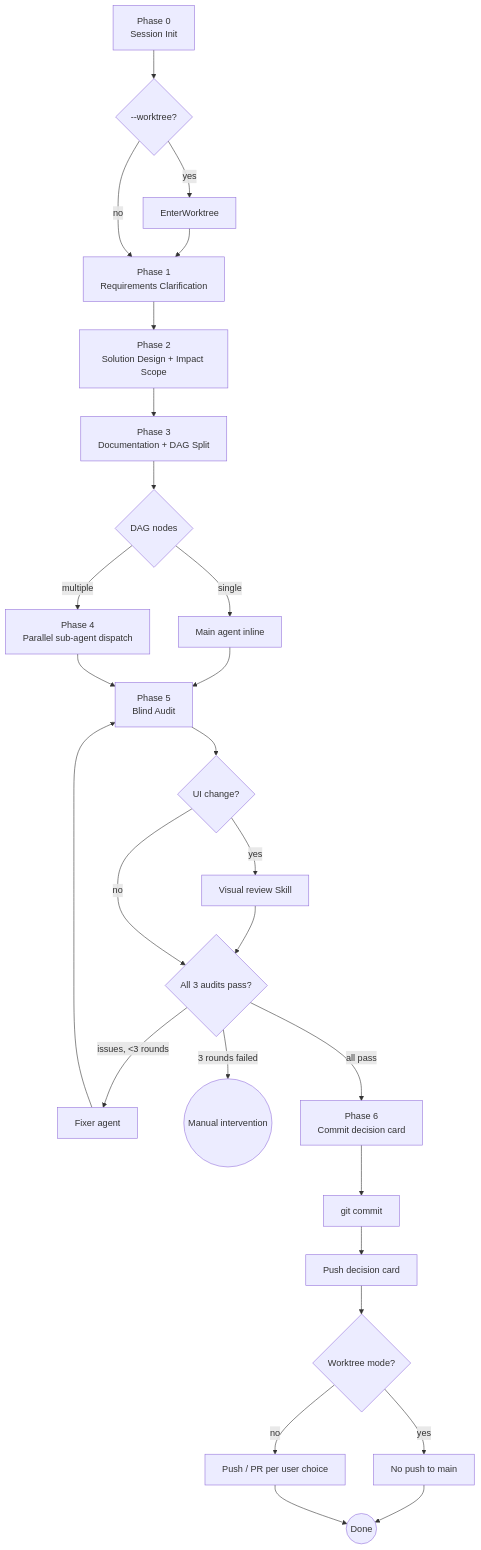
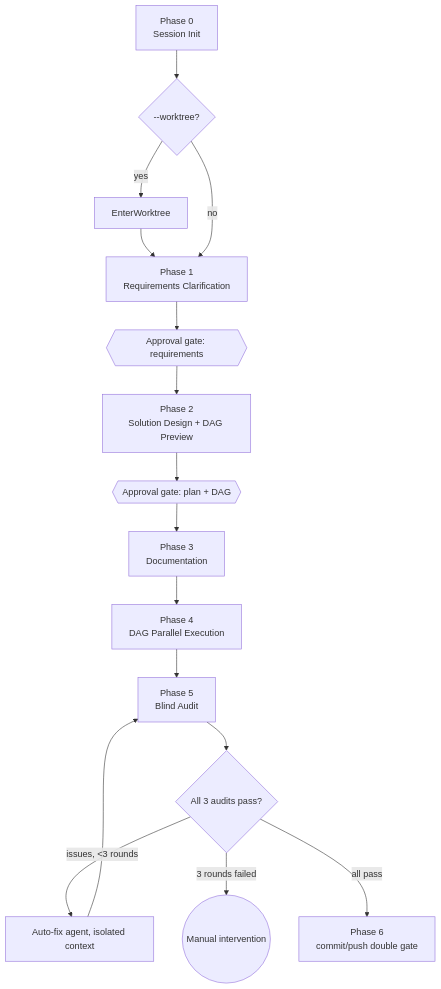
One commit to lorainwings/claude-autopilot changed the diagram in plugins/slim-task/README.md. Above: the diagram before and after it, drawn with Mermaid. The commit also changed other lines of this file and 17 other files, not shown here.

````diff
--- a/plugins/slim-task/README.md
+++ b/plugins/slim-task/README.md
@@ -34,21 +38,16 @@
 ```mermaid
 flowchart TD
     P0["Phase 0<br/>Session Init"] --> WT{--worktree?}
     WT -->|yes| EW[EnterWorktree] --> P1
     WT -->|no| P1["Phase 1<br/>Requirements Clarification"]
-    P1 --> P2["Phase 2<br/>Solution Design + Impact Scope"]
-    P2 --> P3["Phase 3<br/>Documentation + DAG Split"]
-    P3 --> DAG{DAG nodes}
-    DAG -->|single| INL[Main agent inline] --> P5
-    DAG -->|multiple| PAR["Phase 4<br/>Parallel sub-agent dispatch"] --> P5
-    P5["Phase 5<br/>Blind Audit"] --> UI{UI change?}
-    UI -->|yes| VIS[Visual review Skill] --> AUD
-    UI -->|no| AUD{All 3 audits pass?}
-    AUD -->|issues, <3 rounds| FIX[Fixer agent] --> P5
+    P1 --> G1{{Approval gate: requirements}}
+    G1 --> P2["Phase 2<br/>Solution Design + DAG Preview"]
+    P2 --> G2{{Approval gate: plan + DAG}}
+    G2 --> P3["Phase 3<br/>Documentation"]
+    P3 --> P4["Phase 4<br/>DAG Parallel Execution"]
+    P4 --> P5["Phase 5<br/>Blind Audit"]
+    P5 --> AUD{All 3 audits pass?}
+    AUD -->|issues, <3 rounds| FIX[Auto-fix agent, isolated context] --> P5
     AUD -->|3 rounds failed| STOP((Manual intervention))
-    AUD -->|all pass| P6["Phase 6<br/>Commit decision card"]
-    P6 --> COMMIT[git commit] --> P6P[Push decision card]
-    P6P --> WTM{Worktree mode?}
-    WTM -->|yes| NOPUSH[No push to main] --> END((Done))
-    WTM -->|no| PUSH[Push / PR per user choice] --> END
+    AUD -->|all pass| P6["Phase 6<br/>commit/push double gate"]
 ```
````
